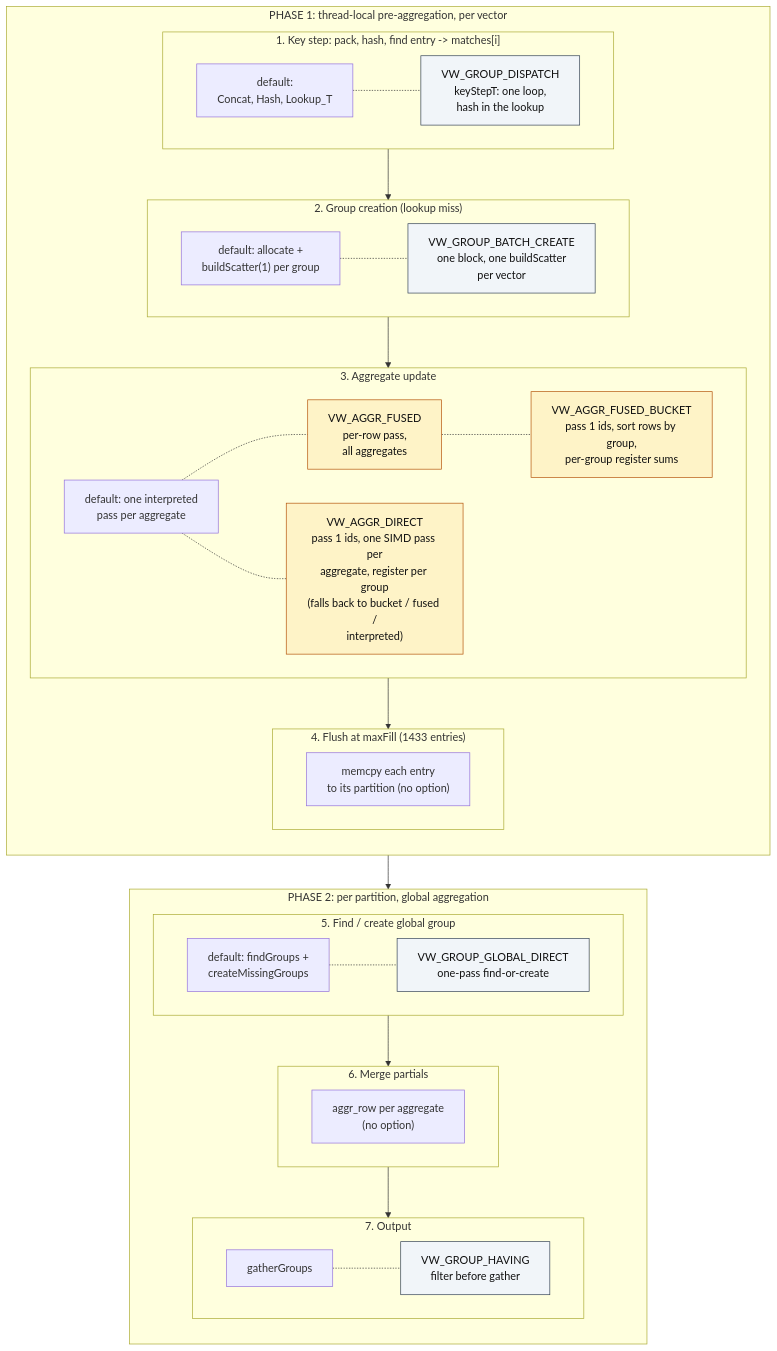
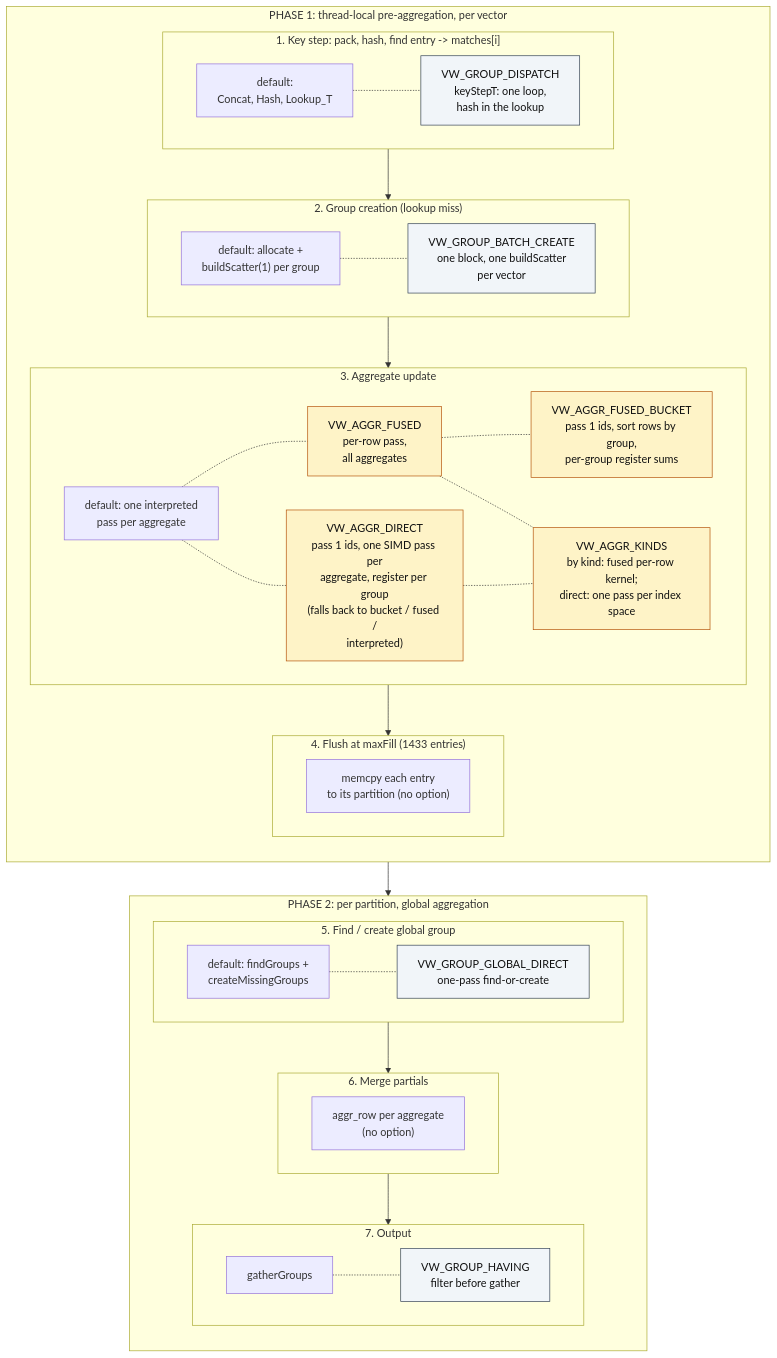
Before and after one commit to lxbtlr/db-engine-paradigms: the diagram in aggregation_options/code_map.mmd, drawn with Mermaid. The commit also changed 13 other files, not shown here.

First line of the commit message:
feat(vectorwise): VW_AGGR_KINDS for the fused and direct aggregate updates

```diff
--- a/aggregation_options/code_map.mmd
+++ b/aggregation_options/code_map.mmd
@@ -1,41 +1,43 @@
 flowchart TB
     subgraph P1["PHASE 1: thread-local pre-aggregation, per vector"]
         direction TB
         subgraph S1["1. Key step: pack, hash, find entry -> matches[i]"]
             direction LR
             K0["default:<br/>Concat, Hash, Lookup_T"] -.- DI["VW_GROUP_DISPATCH<br/>keyStepT: one loop,<br/>hash in the lookup"]:::free
         end
         subgraph S2["2. Group creation (lookup miss)"]
             direction LR
             C0["default: allocate +<br/>buildScatter(1) per group"] -.- BC["VW_GROUP_BATCH_CREATE<br/>one block, one buildScatter<br/>per vector"]:::free
         end
         subgraph S3["3. Aggregate update"]
             direction LR
             U0["default: one interpreted<br/>pass per aggregate"] -.- AF["VW_AGGR_FUSED<br/>per-row pass,<br/>all aggregates"]:::upd
             AF -.- AB["VW_AGGR_FUSED_BUCKET<br/>pass 1 ids, sort rows by group,<br/>per-group register sums"]:::upd
             U0 -.- AD["VW_AGGR_DIRECT<br/>pass 1 ids, one SIMD pass per<br/>aggregate, register per group<br/>(falls back to bucket / fused /<br/>interpreted)"]:::upd
+            AF -.- AK["VW_AGGR_KINDS<br/>by kind: fused per-row kernel;<br/>direct: one pass per index space"]:::upd
+            AD -.- AK
         end
         subgraph S4["4. Flush at maxFill (1433 entries)"]
             F0["memcpy each entry<br/>to its partition (no option)"]
         end
         S1 --> S2 --> S3 --> S4
     end
     subgraph P2["PHASE 2: per partition, global aggregation"]
         direction TB
         subgraph S5["5. Find / create global group"]
             direction LR
             G0["default: findGroups +<br/>createMissingGroups"] -.- GD["VW_GROUP_GLOBAL_DIRECT<br/>one-pass find-or-create"]:::free
         end
         subgraph S6["6. Merge partials"]
             M0["aggr_row per aggregate<br/>(no option)"]
         end
         subgraph S7["7. Output"]
             direction LR
             O0["gatherGroups"] -.- HV["VW_GROUP_HAVING<br/>filter before gather"]:::free
         end
         S5 --> S6 --> S7
     end
     S4 --> S5
 
     classDef free fill:#f1f5f9,stroke:#334155,color:#111
     classDef upd fill:#fef3c7,stroke:#b45309,color:#111
```
